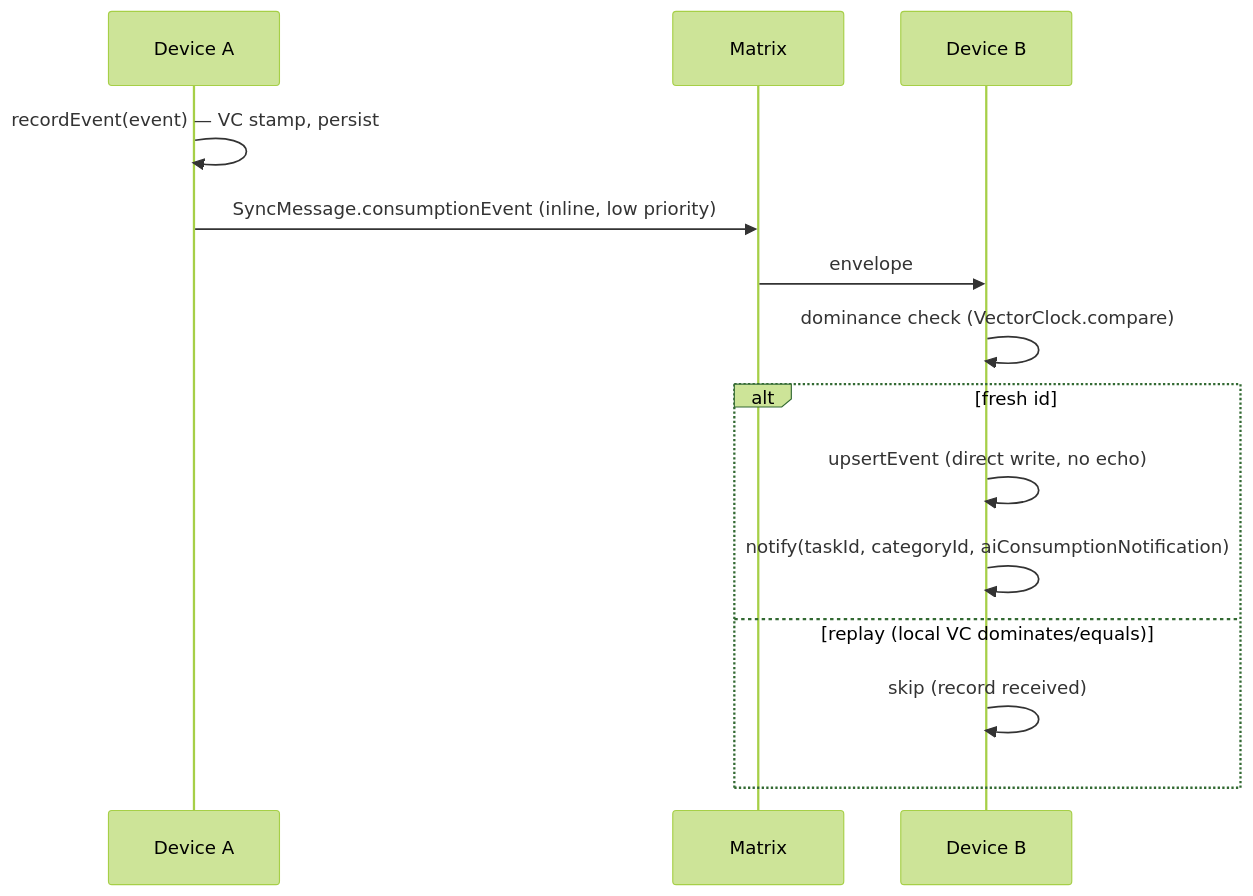
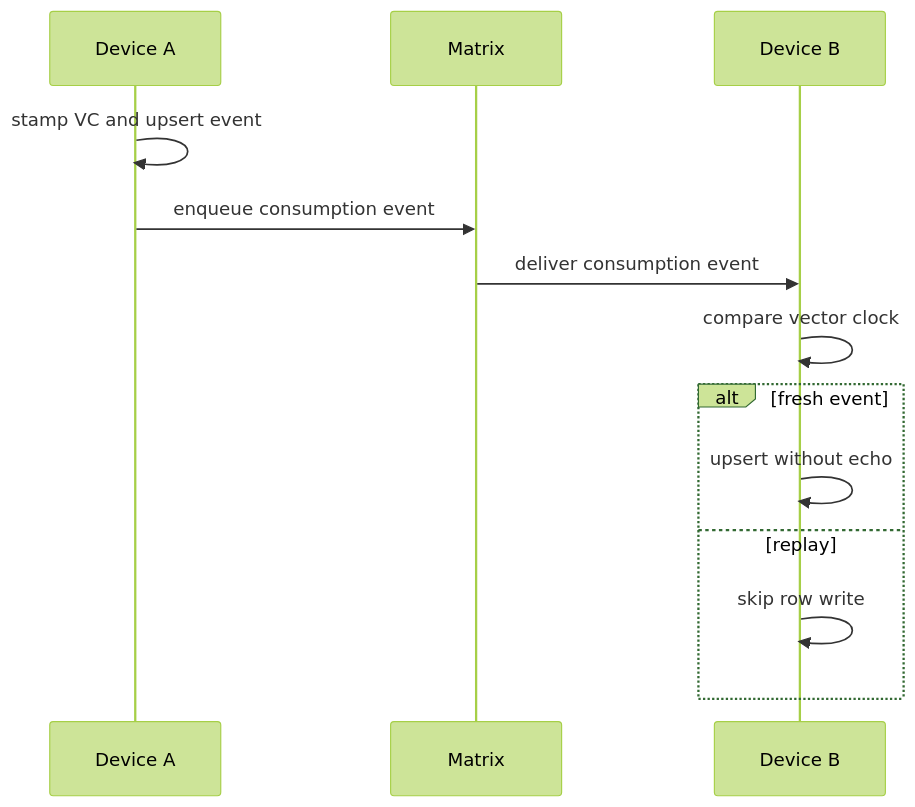
The third of 3 diagrams in lib/features/ai_consumption/README.md (matthiasn/lotti), drawn with Mermaid (forest theme) before and after one commit. The commit also changed other lines of this file and 160 other files, not shown here.

````diff
--- a/lib/features/ai_consumption/README.md
+++ b/lib/features/ai_consumption/README.md
@@ -91,16 +186,15 @@
 ```mermaid
 sequenceDiagram
   participant A as Device A
-  participant Mx as Matrix
+  participant M as Matrix
   participant B as Device B
-  A->>A: recordEvent(event) — VC stamp, persist
-  A->>Mx: SyncMessage.consumptionEvent (inline, low priority)
-  Mx->>B: envelope
-  B->>B: dominance check (VectorClock.compare)
-  alt fresh id
-    B->>B: upsertEvent (direct write, no echo)
-    B->>B: notify(taskId, categoryId, aiConsumptionNotification)
-  else replay (local VC dominates/equals)
-    B->>B: skip (record received)
+  A->>A: stamp VC and upsert event
+  A->>M: enqueue consumption event
+  M->>B: deliver consumption event
+  B->>B: compare vector clock
+  alt fresh event
+    B->>B: upsert without echo
+  else replay
+    B->>B: skip row write
   end
 ```
````
